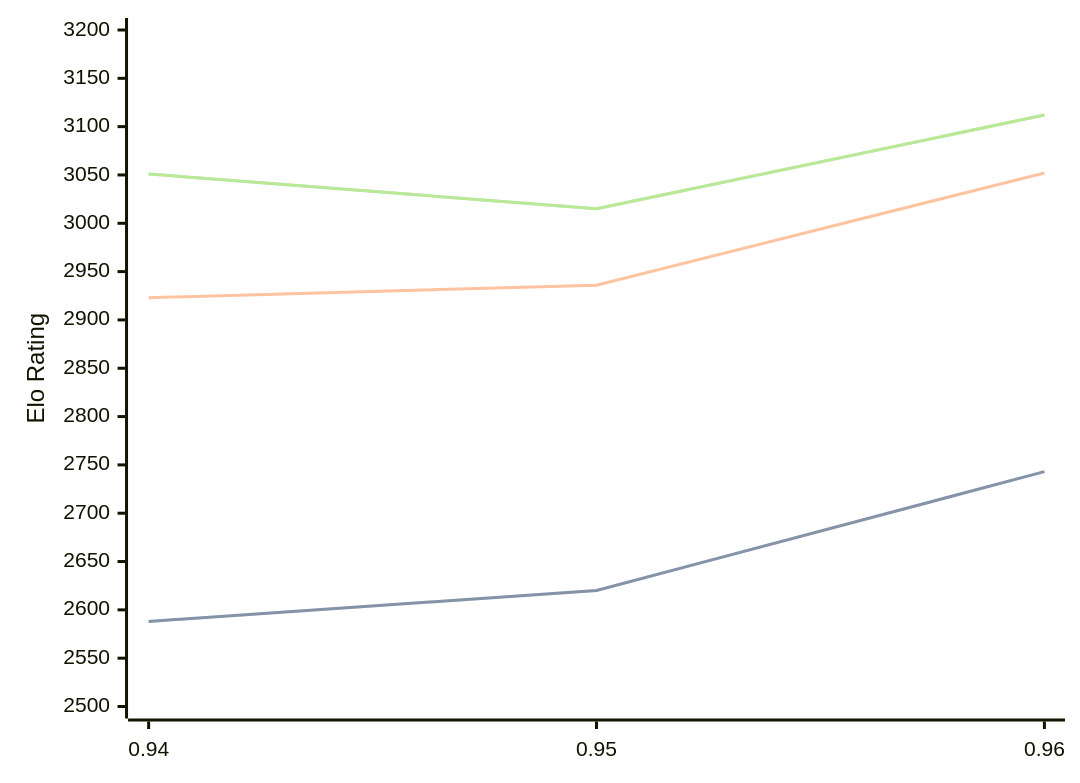
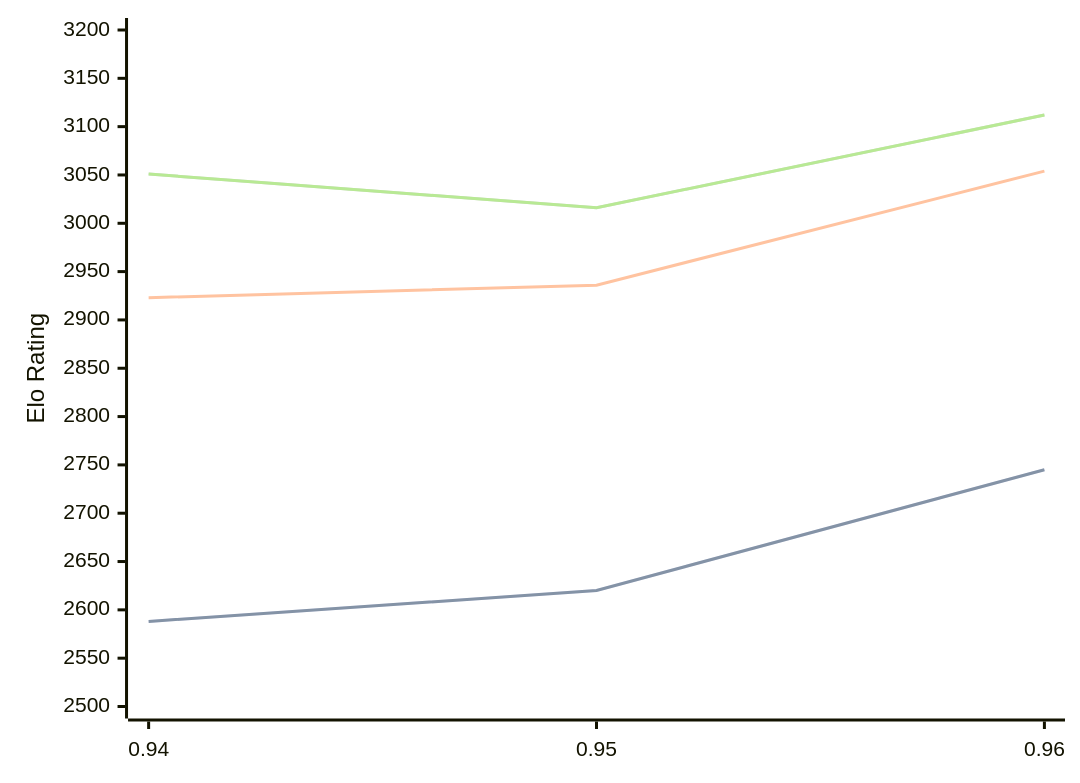
The diagram in engines/Myrddin.md (computer-chess-index/cci), drawn with Mermaid before and after one commit. The commit also changed other lines of this file, not shown here.

Commit message:
Update CCI Ratings (ELO VLTC) - 2026-08-19

````diff
--- a/engines/Myrddin.md
+++ b/engines/Myrddin.md
@@ -33,11 +33,11 @@
 ```mermaid
 %%{init: {"theme":"base","themeVariables":{"seriesColors:['#a3a3a3','#222221','#faa371']}}}%%
 xychart-beta
   x-axis ["0.94", "0.95", "0.96"]
   y-axis "Elo Rating" 2500 --> 3200
-  line "STC (8.0+0.08s)" [2588, 2620, 2743]
-  line "STC (8.0+0.08s)" [2588, 2620, 2743]
-  line "LTC (60.0+0.60s)" [2923, 2936, 3052]
-  line "VLTC (2m24s+1.12s)" [3051, 3015, 3112]
-  line "VLTC (2m24s+1.12s)" [3051, 3015, 3112]
+  line "STC (8.0+0.08s)" [2588, 2620, 2745]
+  line "STC (8.0+0.08s)" [2588, 2620, 2745]
+  line "LTC (60.0+0.60s)" [2923, 2936, 3054]
+  line "VLTC (2m24s+1.12s)" [3051, 3016, 3112]
+  line "VLTC (2m24s+1.12s)" [3051, 3016, 3112]
 ```
````
